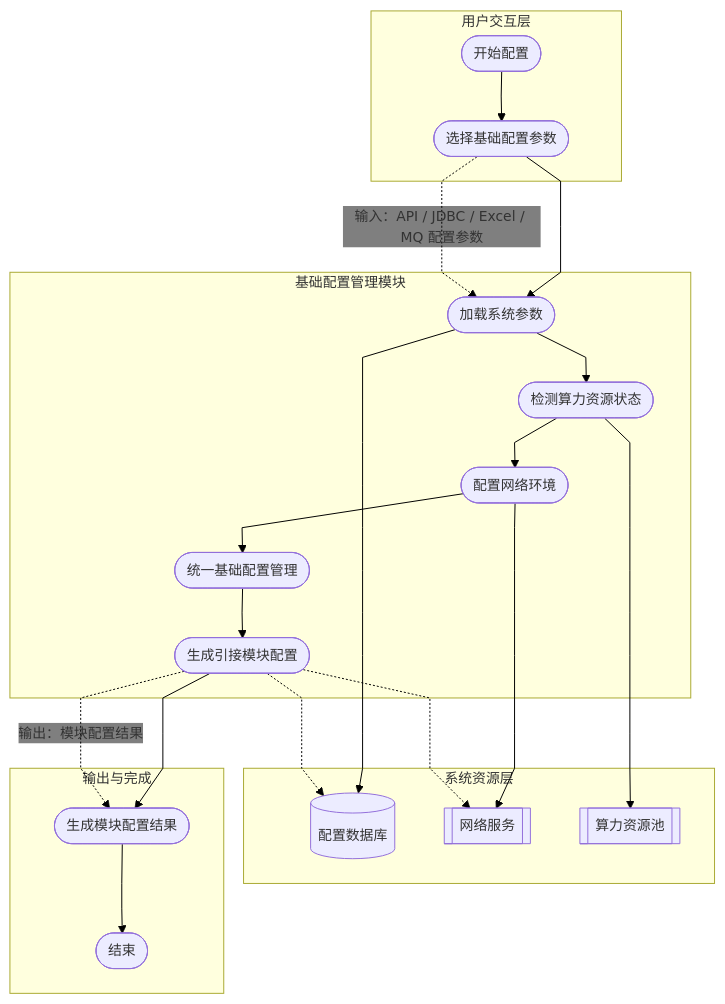
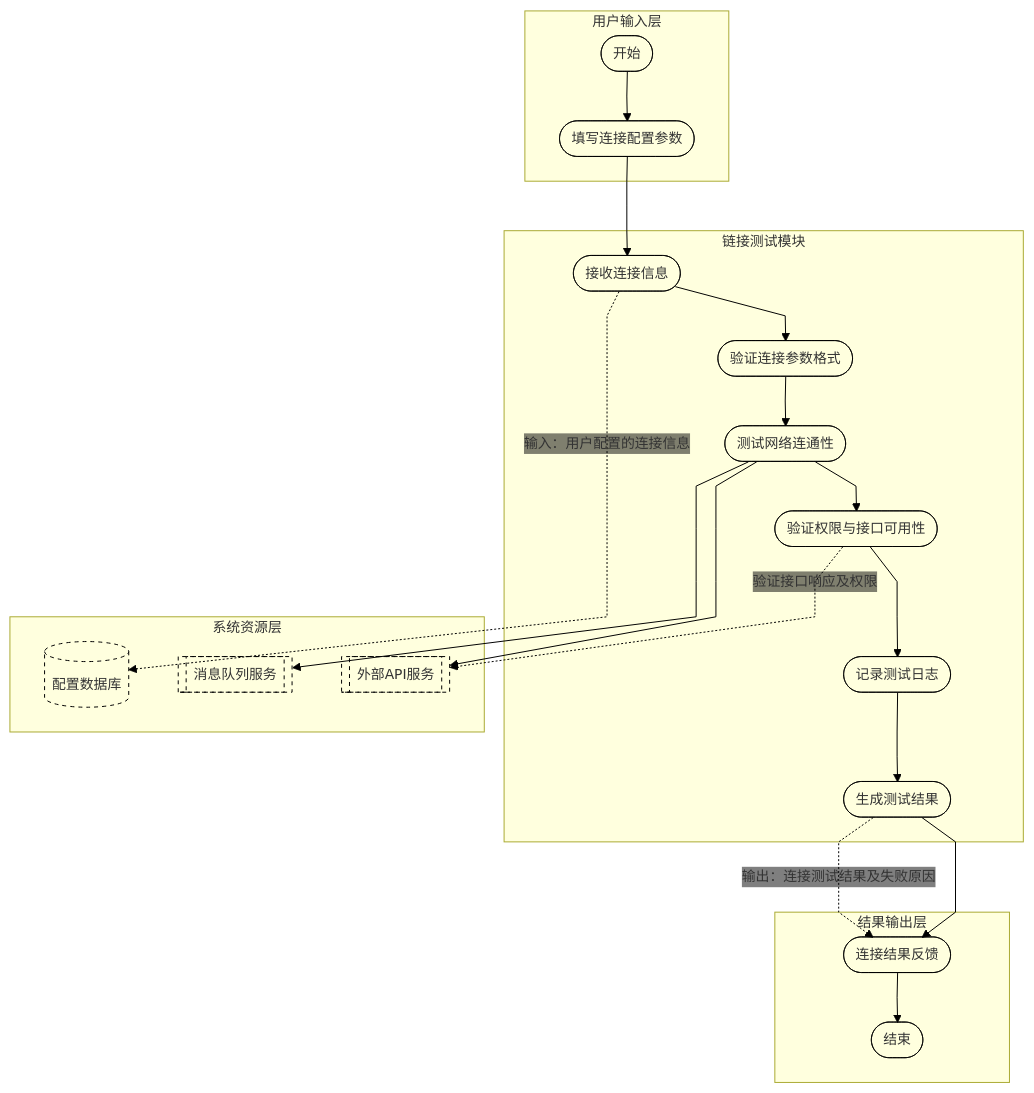
One commit to dremup/iodraw-files changed the diagram in all/未命名.md. Above: the diagram before and after it, drawn with Mermaid.

Commit message:
2025-11-12 17:46:13 update

````diff
--- a/all/未命名.md
+++ b/all/未命名.md
@@ -1,62 +1,63 @@
 ```mermaid
 %%{init: {
   "flowchart": { "curve": "linear", "htmlLabels": true },
   "themeVariables": {
     "primaryColor": "transparent",
     "primaryTextColor": "#000000",
     "lineColor": "#000000",
     "background": "transparent",
     "edgeLabelBackground": "transparent",
     "fontSize": "14px"
   },
   "themeCSS": ".edgeLabel rect{fill:transparent!important;stroke:transparent!important;}.label foreignObject span{background:none!important;}"
 }}%%
 flowchart TB
   %% === 用户层 ===
-  subgraph User[用户交互层]
-    U1([开始配置])
-    U2([选择基础配置参数])
+  subgraph User[用户输入层]
+    U1([开始])
+    U2([填写连接配置参数])
   end
 
-  %% === 配置管理模块 ===
-  subgraph ConfigModule[基础配置管理模块]
-    C1([加载系统参数])
-    C2([检测算力资源状态])
-    C3([配置网络环境])
-    C4([统一基础配置管理])
-    C5([生成引接模块配置])
+  %% === 链接测试模块 ===
+  subgraph LinkTest[链接测试模块]
+    C1([接收连接信息])
+    C2([验证连接参数格式])
+    C3([测试网络连通性])
+    C4([验证权限与接口可用性])
+    C5([记录测试日志])
+    C6([生成测试结果])
   end
 
   %% === 系统资源层 ===
-  subgraph SystemLayer[系统资源层]
+  subgraph Resource[系统资源层]
     DB[(配置数据库)]
-    NET[[网络服务]]
-    RES[[算力资源池]]
+    API[[外部API服务]]
+    MQ[[消息队列服务]]
   end
 
   %% === 输出层 ===
-  subgraph Output[输出与完成]
-    O1([生成模块配置结果])
+  subgraph Output[结果输出层]
+    O1([连接结果反馈])
     O2([结束])
   end
 
-  %% === 主流程（垂直连接） ===
-  U1 --> U2 --> C1 --> C2 --> C3 --> C4 --> C5 --> O1 --> O2
+  %% === 主流程 ===
+  U1 --> U2 --> C1 --> C2 --> C3 --> C4 --> C5 --> C6 --> O1 --> O2
 
-  %% === 交互与资源调用（直角连接） ===
-  C1 --> DB
-  C2 --> RES
-  C3 --> NET
-  C5 -.-> DB
-  C5 -.-> NET
-
-  %% === 辅助描述 ===
-  U2 -.->|输入：API / JDBC / Excel / MQ 配置参数| C1
-  C5 -.->|输出：模块配置结果| O1
+  %% === 资源交互（垂直虚线连接） ===
+  C1 -.->|输入：用户配置的连接信息| DB
+  C3 --> API
+  C3 --> MQ
+  C4 -.->|验证接口响应及权限| API
+  C6 -.->|输出：连接测试结果及失败原因| O1
 
   %% === 样式定义 ===
   linkStyle default interpolate linear;
   classDef ellipse fill:transparent,stroke:#000,stroke-width:1px,rx:25,ry:25;
   classDef rect fill:transparent,stroke:#000,stroke-width:1px;
+  classDef dashed fill:transparent,stroke:#000,stroke-dasharray:4 4;
+  class U1,O2 ellipse;
+  class U2,C1,C2,C3,C4,C5,C6,O1 rect;
+  class DB,API,MQ dashed;
 
 ```
````
